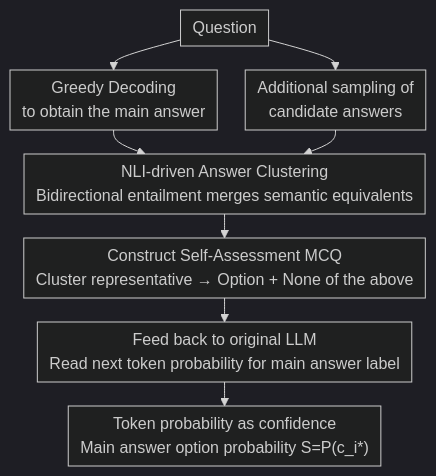
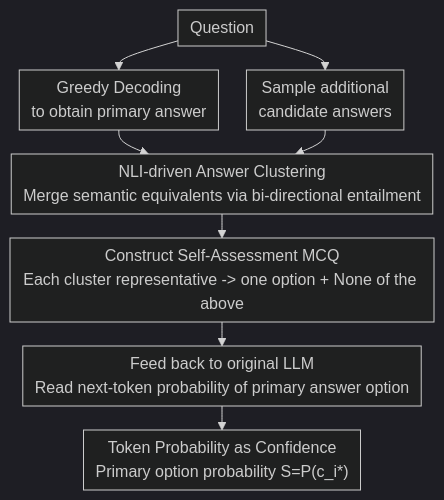
Before and after one commit to zhaoyang97/Paper-Notes-en: the diagram in docs/ACL2026/llm_nlp/clustered_self-assessment_a_simple_yet_effective_method_for_uncertainty_quantifi.md, drawn with Mermaid (dark theme). The commit also changed other lines of this file and 5084 other files, not shown here.

````diff
--- a/docs/ACL2026/llm_nlp/clustered_self-assessment_a_simple_yet_effective_method_for_uncertainty_quantifi.md
+++ b/docs/ACL2026/llm_nlp/clustered_self-assessment_a_simple_yet_effective_method_for_uncertainty_quantifi.md
@@ -43,11 +43,11 @@
 ```mermaid
 %%{init: {'flowchart': {'rankSpacing': 24, 'nodeSpacing': 28, 'padding': 6, 'wrappingWidth': 400}}}%%
 flowchart TD
-    Q["Question"] --> G["Greedy Decoding<br/>to obtain the main answer"]
-    Q --> SMP["Additional sampling of<br/>candidate answers"]
-    G --> CL["NLI-driven Answer Clustering<br/>Bidirectional entailment merges semantic equivalents"]
+    Q["Question"] --> G["Greedy Decoding<br/>to obtain primary answer"]
+    Q --> SMP["Sample additional<br/>candidate answers"]
+    G --> CL["NLI-driven Answer Clustering<br/>Merge semantic equivalents via bi-directional entailment"]
     SMP --> CL
-    CL --> MCQ["Construct Self-Assessment MCQ<br/>Cluster representative → Option + None of the above"]
-    MCQ --> LLM["Feed back to original LLM<br/>Read next token probability for main answer label"]
-    LLM --> S["Token probability as confidence<br/>Main answer option probability S=P(c_i*)"]
+    CL --> MCQ["Construct Self-Assessment MCQ<br/>Each cluster representative -> one option + None of the above"]
+    MCQ --> LLM["Feed back to original LLM<br/>Read next-token probability of primary answer option"]
+    LLM --> S["Token Probability as Confidence<br/>Primary option probability S=P(c_i*)"]
 ```
````
